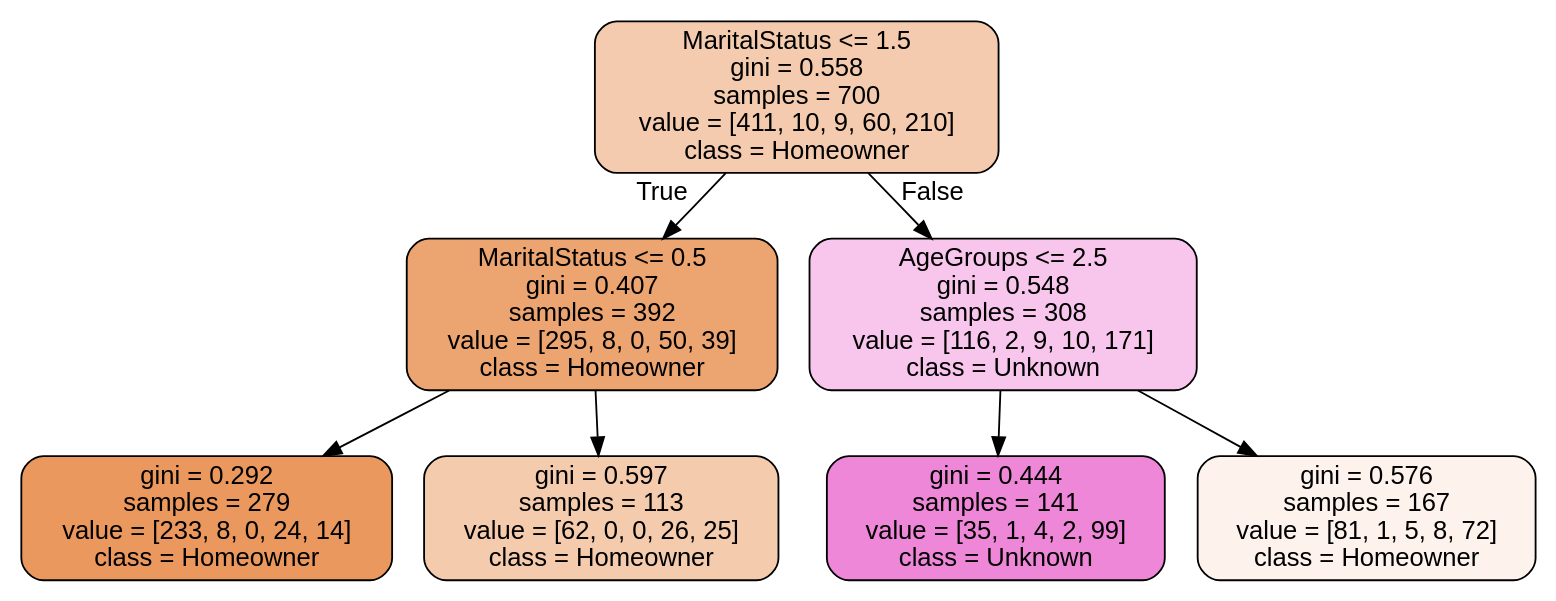
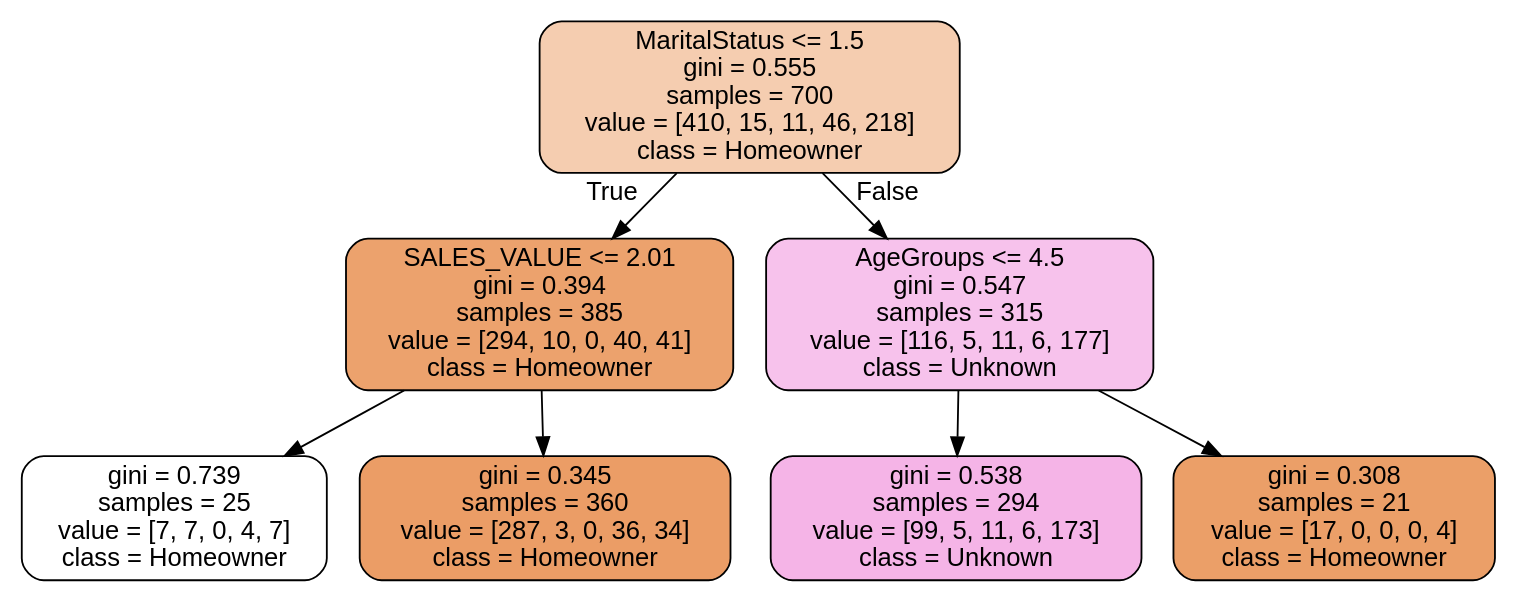
The diagram in Code/images/decision_trees/project_decisiontree.dot (vmarklynn/CPSC5310-Project), drawn with Graphviz before and after one commit. The commit also changed 1 other file, not shown here.

```diff
--- a/Code/images/decision_trees/project_decisiontree.dot
+++ b/Code/images/decision_trees/project_decisiontree.dot
@@ -1,17 +1,17 @@
 digraph Tree {
 node [shape=box, style="filled, rounded", color="black", fontname=helvetica] ;
 edge [fontname=helvetica] ;
-0 [label="MaritalStatus <= 1.5\ngini = 0.558\nsamples = 700\nvalue = [411, 10, 9, 60, 210]\nclass = Homeowner", fillcolor="#f4cbae"] ;
-1 [label="MaritalStatus <= 0.5\ngini = 0.407\nsamples = 392\nvalue = [295, 8, 0, 50, 39]\nclass = Homeowner", fillcolor="#eca571"] ;
+0 [label="MaritalStatus <= 1.5\ngini = 0.555\nsamples = 700\nvalue = [410, 15, 11, 46, 218]\nclass = Homeowner", fillcolor="#f5cdb0"] ;
+1 [label="SALES_VALUE <= 2.01\ngini = 0.394\nsamples = 385\nvalue = [294, 10, 0, 40, 41]\nclass = Homeowner", fillcolor="#eca26d"] ;
 0 -> 1 [labeldistance=2.5, labelangle=45, headlabel="True"] ;
-2 [label="gini = 0.292\nsamples = 279\nvalue = [233, 8, 0, 24, 14]\nclass = Homeowner", fillcolor="#ea985d"] ;
+2 [label="gini = 0.739\nsamples = 25\nvalue = [7, 7, 0, 4, 7]\nclass = Homeowner", fillcolor="#ffffff"] ;
 1 -> 2 ;
-3 [label="gini = 0.597\nsamples = 113\nvalue = [62, 0, 0, 26, 25]\nclass = Homeowner", fillcolor="#f4cbad"] ;
+3 [label="gini = 0.345\nsamples = 360\nvalue = [287, 3, 0, 36, 34]\nclass = Homeowner", fillcolor="#eb9d66"] ;
 1 -> 3 ;
-4 [label="AgeGroups <= 2.5\ngini = 0.548\nsamples = 308\nvalue = [116, 2, 9, 10, 171]\nclass = Unknown", fillcolor="#f8c6ed"] ;
+4 [label="AgeGroups <= 4.5\ngini = 0.547\nsamples = 315\nvalue = [116, 5, 11, 6, 177]\nclass = Unknown", fillcolor="#f7c2ec"] ;
 0 -> 4 [labeldistance=2.5, labelangle=-45, headlabel="False"] ;
-5 [label="gini = 0.444\nsamples = 141\nvalue = [35, 1, 4, 2, 99]\nclass = Unknown", fillcolor="#ef87d9"] ;
+5 [label="gini = 0.538\nsamples = 294\nvalue = [99, 5, 11, 6, 173]\nclass = Unknown", fillcolor="#f5b4e7"] ;
 4 -> 5 ;
-6 [label="gini = 0.576\nsamples = 167\nvalue = [81, 1, 5, 8, 72]\nclass = Homeowner", fillcolor="#fdf3ec"] ;
+6 [label="gini = 0.308\nsamples = 21\nvalue = [17, 0, 0, 0, 4]\nclass = Homeowner", fillcolor="#eb9f68"] ;
 4 -> 6 ;
 }
```
